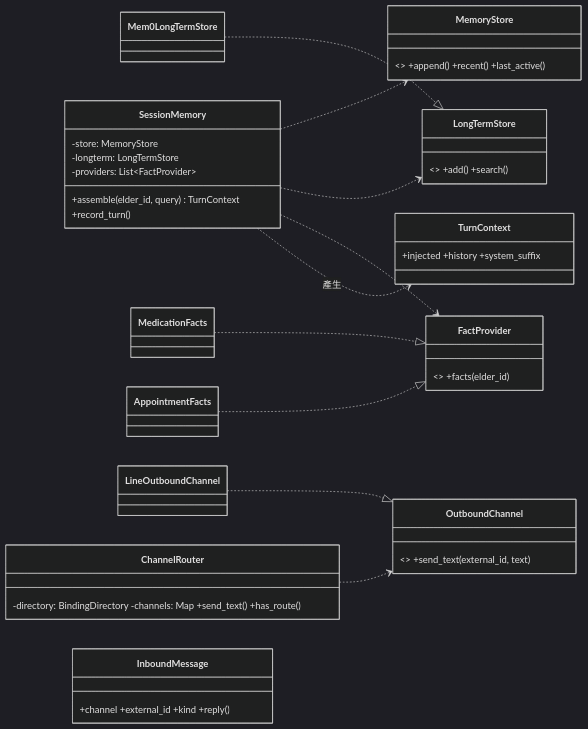
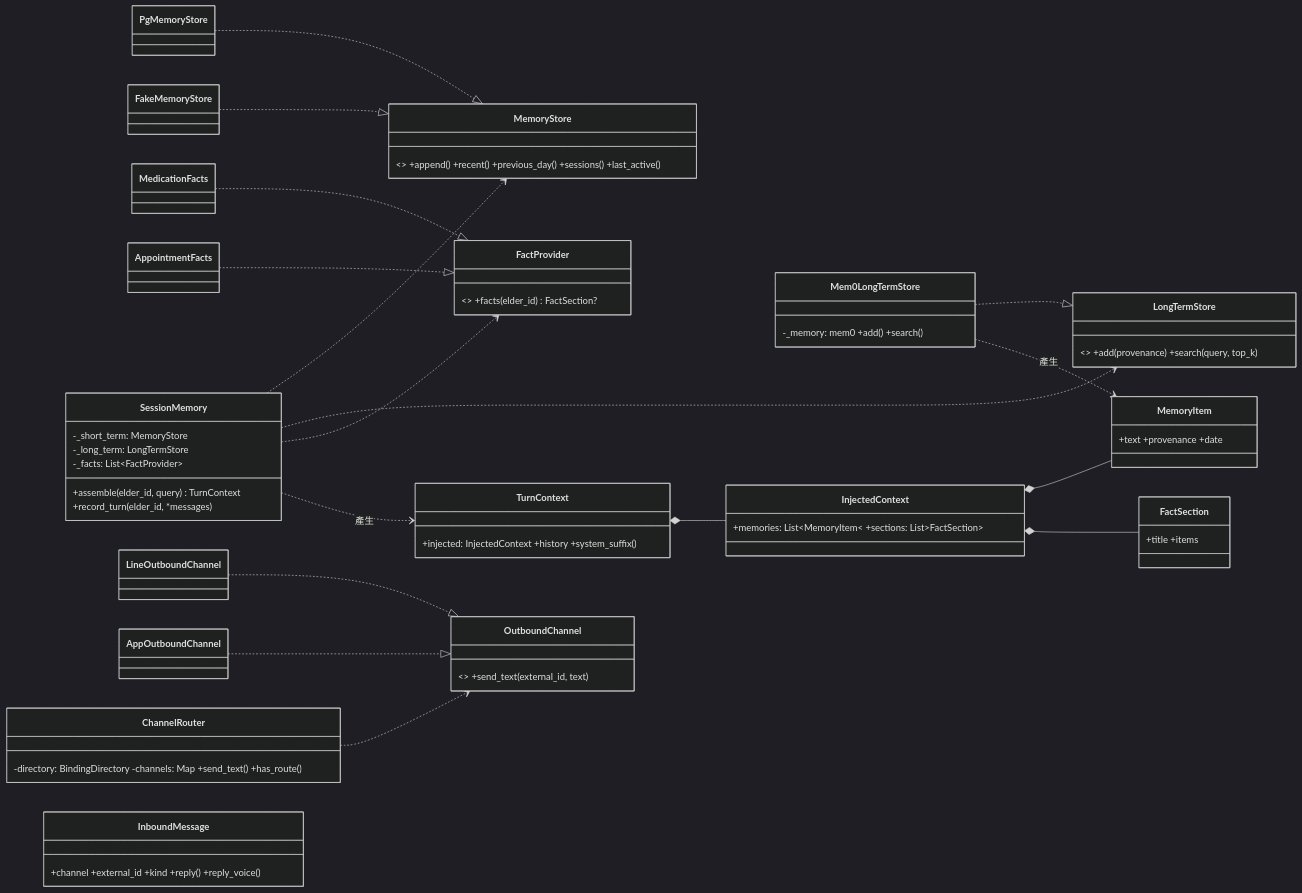
The third of 3 diagrams in docs/dev/10_類別關係.md (leo53021313/kinsun), drawn with Mermaid (dark theme) before and after one commit. The commit also changed other lines of this file and 2 other files, not shown here.

Commit message:
docs(dev): 群 2a 記憶深化——05 §8.2＋10 §3
WHY：架構文檔深化 Task 2a。記憶子系統深潛（雙 agent＋主 agent 驗證）
發現一項 HIGH 資料遺失風險與兩處文檔落後現實，Leo 已核可四塊回填。

WHAT：05 新增 §8.2 記憶模組詳細設計（三層讀寫時序表＋元件分工＋精確
一致性策略＋NFR＋跨群介面）；§4.2 一致性精確化（凌晨盲窗＋
LONGTERM_CONSOLIDATION_HOUR 可配置）；§4.3 撤 mem0 history.db
「落點未管理」過時警示（✅ D-65 已釘 data/mem0/）；差距新增 A-18～A-25
（A-18 HIGH：停機多日→中間天數對話永不進長期記憶；A-20 ADR-003
reranker 描述過時登記不改 ADR）。10 §3 類別圖重畫（欄位正名
_short_term/_long_term/_facts、MemoryStore 五法補齊、TurnContext／
InjectedContext 結構化）＋§5 LongTermStore ACL 例外註記。

IMPACT：純文檔，不動代碼；A-18 建議優先開 16_WBS 工項（唯一永久資料
遺失風險）；agent 摘要存 .claude/context/decisions/（本機）。

````diff
--- a/docs/dev/10_類別關係.md
+++ b/docs/dev/10_類別關係.md
@@ -108,32 +110,45 @@
 ```mermaid
 classDiagram
     direction LR
     class SessionMemory {
-        -store: MemoryStore
-        -longterm: LongTermStore
-        -providers: List~FactProvider~
+        -_short_term: MemoryStore
+        -_long_term: LongTermStore
+        -_facts: List~FactProvider~
         +assemble(elder_id, query) TurnContext
-        +record_turn()
+        +record_turn(elder_id, *messages)
     }
-    class MemoryStore { <<Protocol>> +append() +recent() +last_active() }
-    class LongTermStore { <<Protocol>> +add() +search() }
-    class FactProvider { <<Protocol>> +facts(elder_id) }
-    class Mem0LongTermStore
+    class MemoryStore { <<Protocol>> +append() +recent() +previous_day() +sessions() +last_active() }
+    class PgMemoryStore
+    class FakeMemoryStore
+    class LongTermStore { <<Protocol>> +add(provenance) +search(query, top_k) }
+    class Mem0LongTermStore { -_memory: mem0 +add() +search() }
+    class FactProvider { <<Protocol>> +facts(elder_id) FactSection? }
     class MedicationFacts
     class AppointmentFacts
-    class TurnContext { +injected +history +system_suffix }
+    class TurnContext { +injected: InjectedContext +history +system_suffix() }
+    class InjectedContext { +memories: List~MemoryItem~ +sections: List~FactSection~ }
+    class MemoryItem { +text +provenance +date }
+    class FactSection { +title +items }
     class ChannelRouter { -directory: BindingDirectory -channels: Map +send_text() +has_route() }
     class OutboundChannel { <<Protocol>> +send_text(external_id, text) }
     class LineOutboundChannel
-    class InboundMessage { +channel +external_id +kind +reply() }
+    class AppOutboundChannel
+    class InboundMessage { +channel +external_id +kind +reply() +reply_voice() }
 
+    PgMemoryStore ..|> MemoryStore
+    FakeMemoryStore ..|> MemoryStore
     Mem0LongTermStore ..|> LongTermStore
     MedicationFacts ..|> FactProvider
     AppointmentFacts ..|> FactProvider
     SessionMemory ..> MemoryStore
     SessionMemory ..> LongTermStore
     SessionMemory ..> FactProvider
     SessionMemory ..> TurnContext : 產生
+    TurnContext *-- InjectedContext
+    InjectedContext *-- MemoryItem
+    InjectedContext *-- FactSection
+    Mem0LongTermStore ..> MemoryItem : 產生
     LineOutboundChannel ..|> OutboundChannel
+    AppOutboundChannel ..|> OutboundChannel
     ChannelRouter ..> OutboundChannel
 ```
````
